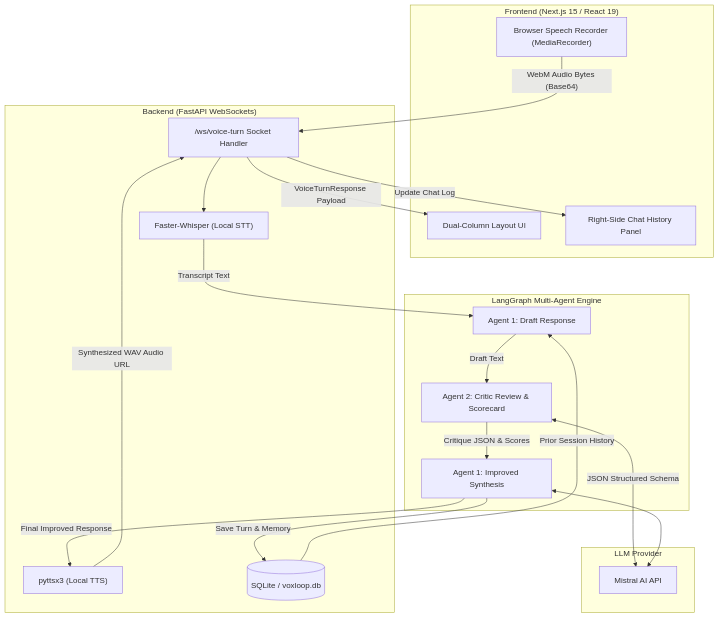
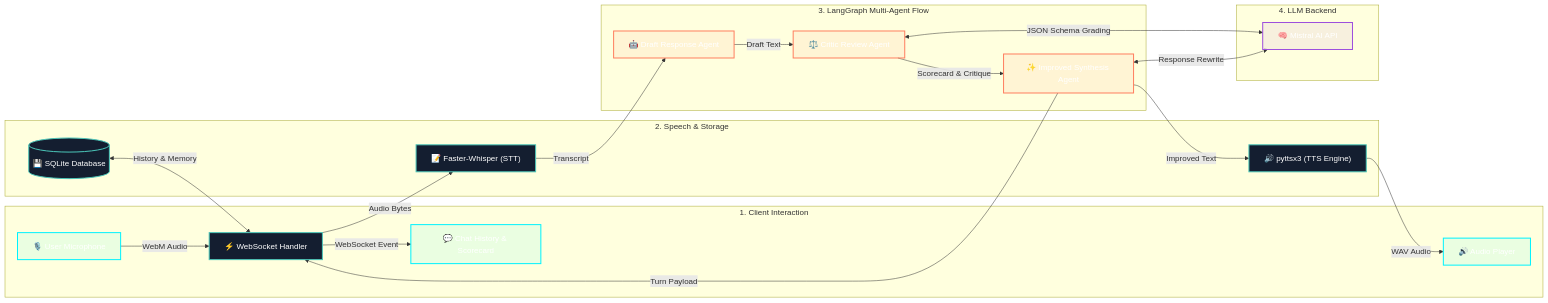
Before and after one commit to TrijalLuhariwala/voxloop: the diagram in README.md, drawn with Mermaid. The commit also changed other lines of this file, not shown here.

Commit message:
Refactor README Mermaid flowchart to clean 4-stage left-to-right layout

````diff
--- a/README.md
+++ b/README.md
@@ -23,39 +23,34 @@
 ```mermaid
-flowchart TD
-    subgraph Client ["Frontend (Next.js 15 / React 19)"]
-        UI["Dual-Column Layout UI"]
-        Mic["Browser Speech Recorder (MediaRecorder)"]
-        ChatLog["Right-Side Chat History Panel"]
+graph LR
+    classDef client fill:#00f2fe15,stroke:#00f2fe,stroke-width:2px,color:#fff;
+    classDef server fill:#141e30,stroke:#4bc6b9,stroke-width:2px,color:#fff;
+    classDef agent fill:#ff7e5f15,stroke:#ff7e5f,stroke-width:2px,color:#fff;
+    classDef llm fill:#9d4edd15,stroke:#9d4edd,stroke-width:2px,color:#fff;
+
+    subgraph ClientStage ["1. Client Interaction"]
+        A["🎙️ User Microphone"]:::client -->|WebM Audio| B["⚡ WebSocket Handler"]:::server
+        H["💬 Chat History & Scorecard"]:::client
+        I["🔊 Audio Player"]:::client
     end
 
-    subgraph Server ["Backend (FastAPI WebSockets)"]
-        WS["/ws/voice-turn Socket Handler"]
-        STT["Faster-Whisper (Local STT)"]
-        TTS["pyttsx3 (Local TTS)"]
-        DB[(SQLite / voxloop.db)]
+    subgraph VoiceEngine ["2. Speech & Storage"]
+        B -->|Audio Bytes| C["📝 Faster-Whisper (STT)"]:::server
+        F["🔊 pyttsx3 (TTS Engine)"]:::server -->|WAV Audio| I
+        G[("💾 SQLite Database")]:::server <-->|History & Memory| B
     end
 
-    subgraph Graph ["LangGraph Multi-Agent Engine"]
-        Draft["Agent 1: Draft Response"]
-        Critique["Agent 2: Critic Review & Scorecard"]
-        Improve["Agent 1: Improved Synthesis"]
+    subgraph AgentLoop ["3. LangGraph Multi-Agent Flow"]
+        C -->|Transcript| D1["🤖 Draft Response Agent"]:::agent
+        D1 -->|Draft Text| D2["⚖️ Critic Review Agent"]:::agent
+        D2 -->|Scorecard & Critique| D3["✨ Improved Synthesis Agent"]:::agent
     end
 
-    subgraph LLM ["LLM Provider"]
-        Mistral["Mistral AI API"]
+    subgraph AIProvider ["4. LLM Backend"]
+        D2 <-->|JSON Schema Grading| E["🧠 Mistral AI API"]:::llm
+        D3 <-->|Response Rewrite| E
     end
 
-    Mic -- "WebM Audio Bytes (Base64)" --> WS
-    WS --> STT
-    STT -- "Transcript Text" --> Draft
-    DB -- "Prior Session History" --> Draft
-    Draft -- "Draft Text" --> Critique
-    Critique <-->|JSON Structured Schema| Mistral
-    Critique -- "Critique JSON & Scores" --> Improve
-    Improve <--> Mistral
-    Improve -- "Final Improved Response" --> TTS
-    TTS -- "Synthesized WAV Audio URL" --> WS
-    Improve -- "Save Turn & Memory" --> DB
-    WS -- "VoiceTurnResponse Payload" --> UI
-    WS -- "Update Chat Log" --> ChatLog
+    D3 -->|Improved Text| F
+    D3 -->|Turn Payload| B
+    B -->|WebSocket Event| H
 ```
````
